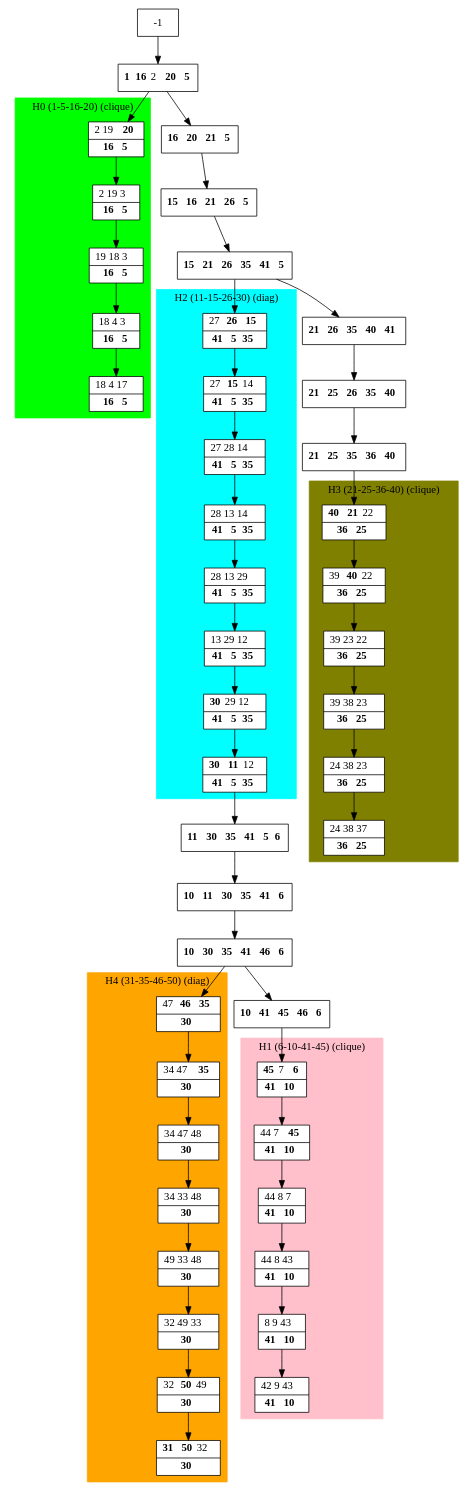
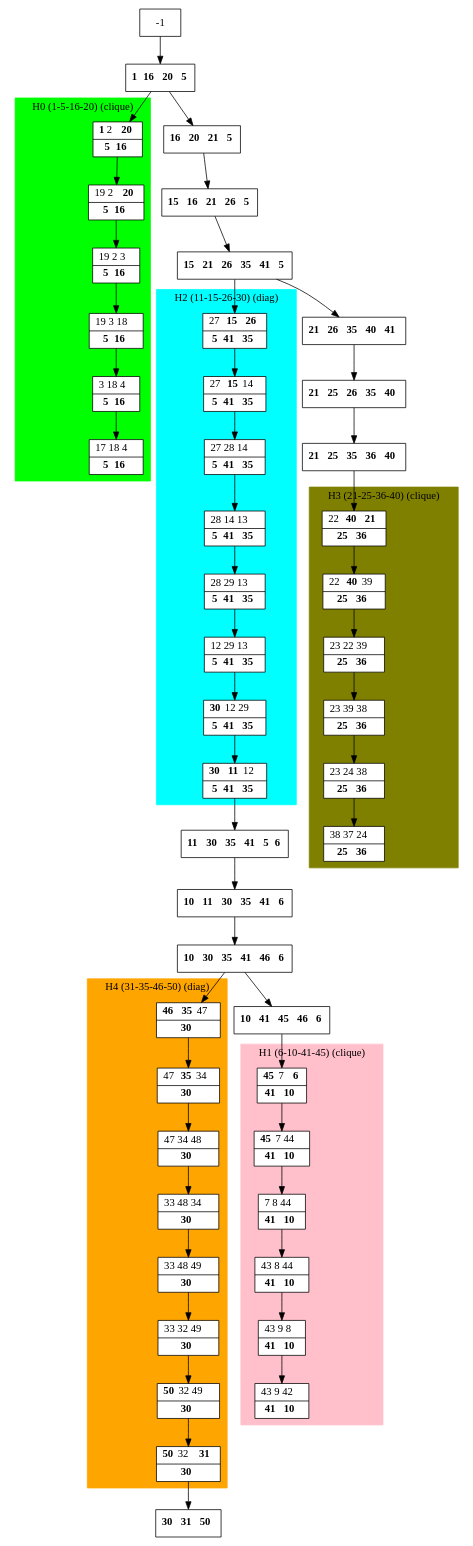
Before and after one commit to bmarchand/auto-dp: the diagram in results/dot_files/processed_C5.dot, drawn with Graphviz. The commit also changed 31 other files, not shown here.

```diff
--- a/results/dot_files/processed_C5.dot
+++ b/results/dot_files/processed_C5.dot
@@ -1,103 +1,106 @@
 digraph G {
     node [shape=box];
     subgraph cluster0 {
         node [style=filled,fillcolor=white];
         labeljust="l";
         style=filled;
         color=lime;
-        H0_1 -> H0_2 -> H0_3 -> H0_4 -> H0_5;
+        H0_0 -> H0_1 -> H0_2 -> H0_3 -> H0_4 -> H0_5;
         label="H0 (1-5-16-20) (clique)";
     }
     subgraph cluster1 {
         node [style=filled,fillcolor=white];
         labeljust="l";
         style=filled;
         color=pink;
         H1_0 -> H1_1 -> H1_2 -> H1_3 -> H1_4 -> H1_5;
         label="H1 (6-10-41-45) (clique)";
     }
     subgraph cluster2 {
         node [style=filled,fillcolor=white];
         labeljust="l";
         style=filled;
         color=cyan;
         H2_7 -> H2_6 -> H2_5 -> H2_4 -> H2_3 -> H2_2 -> H2_1 -> H2_0;
         label="H2 (11-15-26-30) (diag)";
     }
     subgraph cluster3 {
         node [style=filled,fillcolor=white];
         labeljust="l";
         style=filled;
         color=olive;
         H3_0 -> H3_1 -> H3_2 -> H3_3 -> H3_4 -> H3_5;
         label="H3 (21-25-36-40) (clique)";
     }
     subgraph cluster4 {
         node [style=filled,fillcolor=white];
         labeljust="l";
         style=filled;
         color=orange;
         H4_7 -> H4_6 -> H4_5 -> H4_4 -> H4_3 -> H4_2 -> H4_1 -> H4_0;
         label="H4 (31-35-46-50) (diag)";
     }
-     1 [shape=record,label= <{ <b>1</b> <b>16</b> 2 <b>20</b> <b>5</b>}> ];
+     1 [shape=record,label= <{ <b>1</b> <b>16</b> <b>20</b> <b>5</b>}> ];
      -1  ->  1;
-     H0_1 [shape=record,label= <{ 2 19 <b>20</b>|  <b>16</b> <b>5</b>}> ];
-     1  ->  H0_1;
-     H0_2 [shape=record,label= <{ 2 19 3|  <b>16</b> <b>5</b>}> ];
-     H0_3 [shape=record,label= <{ 19 18 3|  <b>16</b> <b>5</b>}> ];
-     H0_4 [shape=record,label= <{ 18 4 3|  <b>16</b> <b>5</b>}> ];
-     H0_5 [shape=record,label= <{ 18 4 17|  <b>16</b> <b>5</b>}> ];
+     H0_0 [shape=record,label= <{ <b>1</b> 2 <b>20</b>|  <b>5</b> <b>16</b>}> ];
+     1  ->  H0_0;
+     H0_1 [shape=record,label= <{ 19 2 <b>20</b>|  <b>5</b> <b>16</b>}> ];
+     H0_2 [shape=record,label= <{ 19 2 3|  <b>5</b> <b>16</b>}> ];
+     H0_3 [shape=record,label= <{ 19 3 18|  <b>5</b> <b>16</b>}> ];
+     H0_4 [shape=record,label= <{ 3 18 4|  <b>5</b> <b>16</b>}> ];
+     H0_5 [shape=record,label= <{ 17 18 4|  <b>5</b> <b>16</b>}> ];
      28 [shape=record,label= <{ <b>16</b> <b>20</b> <b>21</b> <b>5</b>}> ];
      1  ->  28;
      26 [shape=record,label= <{ <b>15</b> <b>16</b> <b>21</b> <b>26</b> <b>5</b>}> ];
      28  ->  26;
      25 [shape=record,label= <{ <b>15</b> <b>21</b> <b>26</b> <b>35</b> <b>41</b> <b>5</b>}> ];
      26  ->  25;
      29 [shape=record,label= <{ <b>21</b> <b>26</b> <b>35</b> <b>40</b> <b>41</b>}> ];
      25  ->  29;
      32 [shape=record,label= <{ <b>21</b> <b>25</b> <b>26</b> <b>35</b> <b>40</b>}> ];
      29  ->  32;
      33 [shape=record,label= <{ <b>21</b> <b>25</b> <b>35</b> <b>36</b> <b>40</b>}> ];
      32  ->  33;
-     H3_0 [shape=record,label= <{ <b>40</b> <b>21</b> 22|  <b>36</b> <b>25</b>}> ];
+     H3_0 [shape=record,label= <{ 22 <b>40</b> <b>21</b>|  <b>25</b> <b>36</b>}> ];
      33  ->  H3_0;
-     H3_1 [shape=record,label= <{ 39 <b>40</b> 22|  <b>36</b> <b>25</b>}> ];
-     H3_2 [shape=record,label= <{ 39 23 22|  <b>36</b> <b>25</b>}> ];
-     H3_3 [shape=record,label= <{ 39 38 23|  <b>36</b> <b>25</b>}> ];
-     H3_4 [shape=record,label= <{ 24 38 23|  <b>36</b> <b>25</b>}> ];
-     H3_5 [shape=record,label= <{ 24 38 37|  <b>36</b> <b>25</b>}> ];
-     H2_7 [shape=record,label= <{ 27 <b>26</b> <b>15</b>|  <b>41</b> <b>5</b> <b>35</b>}> ];
+     H3_1 [shape=record,label= <{ 22 <b>40</b> 39|  <b>25</b> <b>36</b>}> ];
+     H3_2 [shape=record,label= <{ 23 22 39|  <b>25</b> <b>36</b>}> ];
+     H3_3 [shape=record,label= <{ 23 39 38|  <b>25</b> <b>36</b>}> ];
+     H3_4 [shape=record,label= <{ 23 24 38|  <b>25</b> <b>36</b>}> ];
+     H3_5 [shape=record,label= <{ 38 37 24|  <b>25</b> <b>36</b>}> ];
+     H2_7 [shape=record,label= <{ 27 <b>15</b> <b>26</b>|  <b>5</b> <b>41</b> <b>35</b>}> ];
      25  ->  H2_7;
-     H2_6 [shape=record,label= <{ 27 <b>15</b> 14|  <b>41</b> <b>5</b> <b>35</b>}> ];
-     H2_5 [shape=record,label= <{ 27 28 14|  <b>41</b> <b>5</b> <b>35</b>}> ];
-     H2_4 [shape=record,label= <{ 28 13 14|  <b>41</b> <b>5</b> <b>35</b>}> ];
-     H2_3 [shape=record,label= <{ 28 13 29|  <b>41</b> <b>5</b> <b>35</b>}> ];
-     H2_2 [shape=record,label= <{ 13 29 12|  <b>41</b> <b>5</b> <b>35</b>}> ];
-     H2_1 [shape=record,label= <{ <b>30</b> 29 12|  <b>41</b> <b>5</b> <b>35</b>}> ];
-     H2_0 [shape=record,label= <{ <b>30</b> <b>11</b> 12|  <b>41</b> <b>5</b> <b>35</b>}> ];
-     9 [shape=record,label= <{ <b>11</b> <b>30</b> <b>35</b> <b>41</b> <b>5</b> <b>6</b>}> ];
-     H2_0  ->  9;
+     H2_6 [shape=record,label= <{ 27 <b>15</b> 14|  <b>5</b> <b>41</b> <b>35</b>}> ];
+     H2_5 [shape=record,label= <{ 27 28 14|  <b>5</b> <b>41</b> <b>35</b>}> ];
+     H2_4 [shape=record,label= <{ 28 14 13|  <b>5</b> <b>41</b> <b>35</b>}> ];
+     H2_3 [shape=record,label= <{ 28 29 13|  <b>5</b> <b>41</b> <b>35</b>}> ];
+     H2_2 [shape=record,label= <{ 12 29 13|  <b>5</b> <b>41</b> <b>35</b>}> ];
+     H2_1 [shape=record,label= <{ <b>30</b> 12 29|  <b>5</b> <b>41</b> <b>35</b>}> ];
+     H2_0 [shape=record,label= <{ <b>30</b> <b>11</b> 12|  <b>5</b> <b>41</b> <b>35</b>}> ];
+     22 [shape=record,label= <{ <b>11</b> <b>30</b> <b>35</b> <b>41</b> <b>5</b> <b>6</b>}> ];
+     H2_0  ->  22;
      11 [shape=record,label= <{ <b>10</b> <b>11</b> <b>30</b> <b>35</b> <b>41</b> <b>6</b>}> ];
-     9  ->  11;
+     22  ->  11;
      12 [shape=record,label= <{ <b>10</b> <b>30</b> <b>35</b> <b>41</b> <b>46</b> <b>6</b>}> ];
      11  ->  12;
      13 [shape=record,label= <{ <b>10</b> <b>41</b> <b>45</b> <b>46</b> <b>6</b>}> ];
      12  ->  13;
      H1_0 [shape=record,label= <{ <b>45</b> 7 <b>6</b>|  <b>41</b> <b>10</b>}> ];
      13  ->  H1_0;
-     H1_1 [shape=record,label= <{ 44 7 <b>45</b>|  <b>41</b> <b>10</b>}> ];
-     H1_2 [shape=record,label= <{ 44 8 7|  <b>41</b> <b>10</b>}> ];
-     H1_3 [shape=record,label= <{ 44 8 43|  <b>41</b> <b>10</b>}> ];
-     H1_4 [shape=record,label= <{ 8 9 43|  <b>41</b> <b>10</b>}> ];
-     H1_5 [shape=record,label= <{ 42 9 43|  <b>41</b> <b>10</b>}> ];
-     H4_7 [shape=record,label= <{ 47 <b>46</b> <b>35</b>|  <b>30</b>}> ];
+     H1_1 [shape=record,label= <{ <b>45</b> 7 44|  <b>41</b> <b>10</b>}> ];
+     H1_2 [shape=record,label= <{ 7 8 44|  <b>41</b> <b>10</b>}> ];
+     H1_3 [shape=record,label= <{ 43 8 44|  <b>41</b> <b>10</b>}> ];
+     H1_4 [shape=record,label= <{ 43 9 8|  <b>41</b> <b>10</b>}> ];
+     H1_5 [shape=record,label= <{ 43 9 42|  <b>41</b> <b>10</b>}> ];
+     H4_7 [shape=record,label= <{ <b>46</b> <b>35</b> 47|  <b>30</b>}> ];
      12  ->  H4_7;
-     H4_6 [shape=record,label= <{ 34 47 <b>35</b>|  <b>30</b>}> ];
-     H4_5 [shape=record,label= <{ 34 47 48|  <b>30</b>}> ];
-     H4_4 [shape=record,label= <{ 34 33 48|  <b>30</b>}> ];
-     H4_3 [shape=record,label= <{ 49 33 48|  <b>30</b>}> ];
-     H4_2 [shape=record,label= <{ 32 49 33|  <b>30</b>}> ];
-     H4_1 [shape=record,label= <{ 32 <b>50</b> 49|  <b>30</b>}> ];
-     H4_0 [shape=record,label= <{ <b>31</b> <b>50</b> 32|  <b>30</b>}> ];
+     H4_6 [shape=record,label= <{ 47 <b>35</b> 34|  <b>30</b>}> ];
+     H4_5 [shape=record,label= <{ 47 34 48|  <b>30</b>}> ];
+     H4_4 [shape=record,label= <{ 33 48 34|  <b>30</b>}> ];
+     H4_3 [shape=record,label= <{ 33 48 49|  <b>30</b>}> ];
+     H4_2 [shape=record,label= <{ 33 32 49|  <b>30</b>}> ];
+     H4_1 [shape=record,label= <{ <b>50</b> 32 49|  <b>30</b>}> ];
+     H4_0 [shape=record,label= <{ <b>50</b> 32 <b>31</b>|  <b>30</b>}> ];
+     43 [shape=record,label= <{ <b>30</b> <b>31</b> <b>50</b>}> ];
+     H4_0  ->  43;
 }
```
